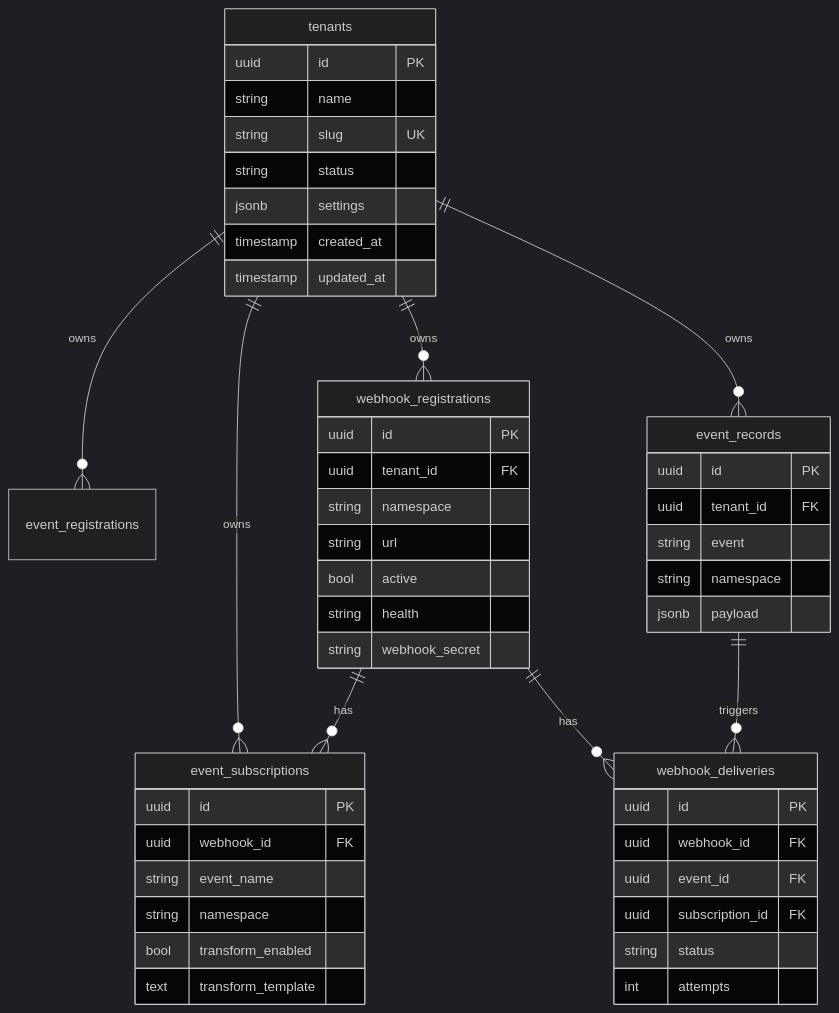
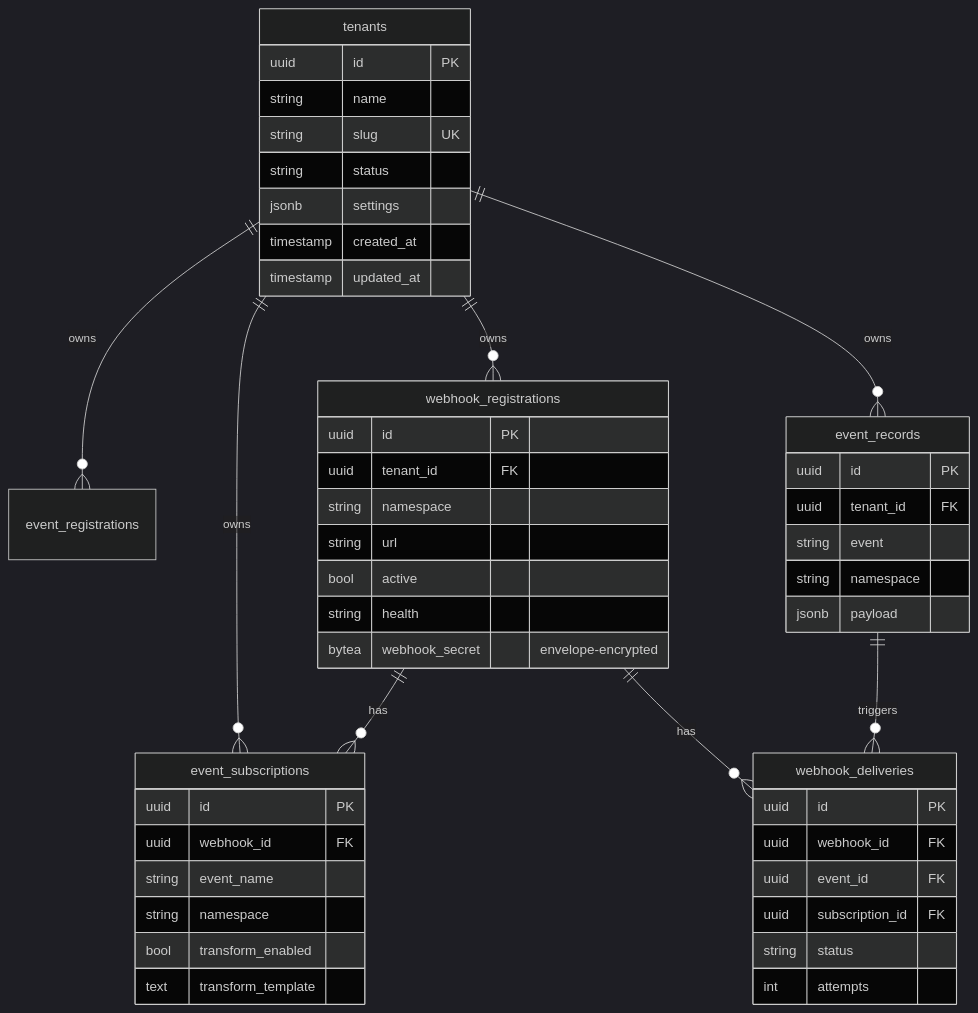
The second of 3 diagrams in docs/src/content/docs/reference/architecture.md (sarathsp06/sparrow), drawn with Mermaid (dark theme) before and after one commit. The commit also changed other lines of this file and 25 other files, not shown here.

First line of the commit message:
feat: envelope encryption for webhook secrets and sensitive headers

````diff
--- a/docs/src/content/docs/reference/architecture.md
+++ b/docs/src/content/docs/reference/architecture.md
@@ -61,57 +61,57 @@
 ```mermaid
 erDiagram
     tenants ||--o{ event_registrations : "owns"
     tenants ||--o{ webhook_registrations : "owns"
     tenants ||--o{ event_subscriptions : "owns"
     tenants ||--o{ event_records : "owns"
 
     tenants {
         uuid id PK
         string name
         string slug UK
         string status
         jsonb settings
         timestamp created_at
         timestamp updated_at
     }
 
     webhook_registrations ||--o{ event_subscriptions : "has"
     webhook_registrations ||--o{ webhook_deliveries : "has"
     event_records ||--o{ webhook_deliveries : "triggers"
 
     webhook_registrations {
         uuid id PK
         uuid tenant_id FK
         string namespace
         string url
         bool active
         string health
-        string webhook_secret
+        bytea webhook_secret "envelope-encrypted"
     }
 
     event_subscriptions {
         uuid id PK
         uuid webhook_id FK
         string event_name
         string namespace
         bool transform_enabled
         text transform_template
     }
 
     event_records {
         uuid id PK
         uuid tenant_id FK
         string event
         string namespace
         jsonb payload
     }
 
     webhook_deliveries {
         uuid id PK
         uuid webhook_id FK
         uuid event_id FK
         uuid subscription_id FK
         string status
         int attempts
     }
 ```
````
